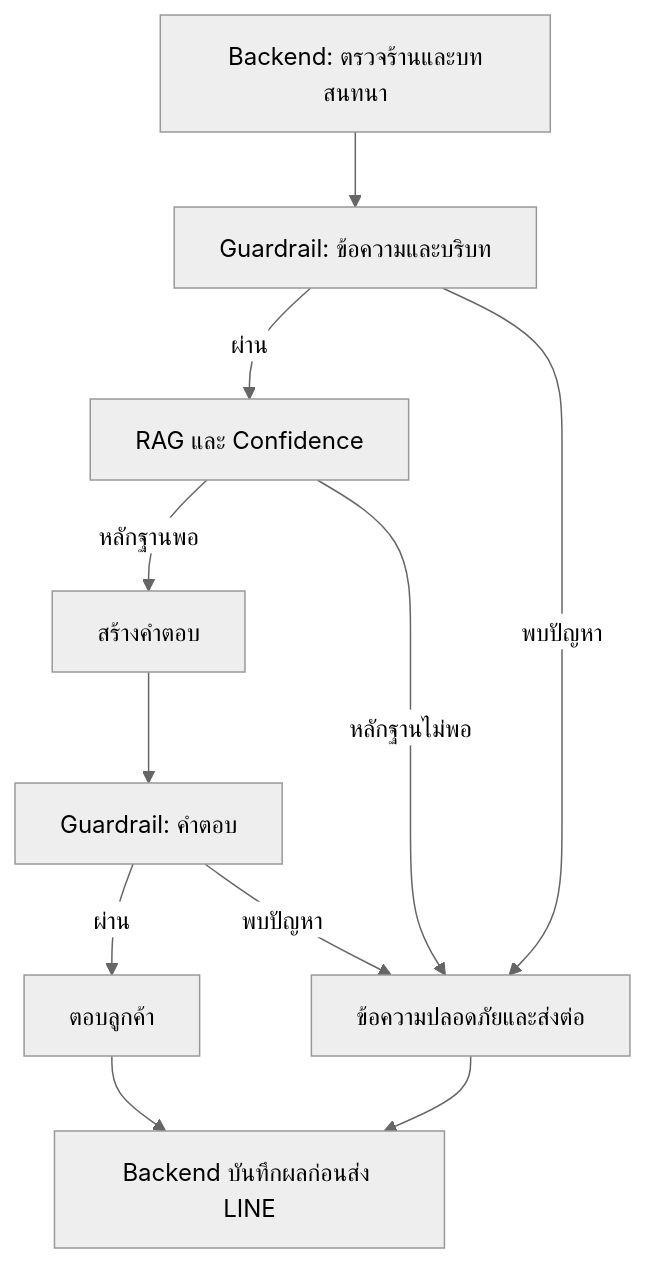
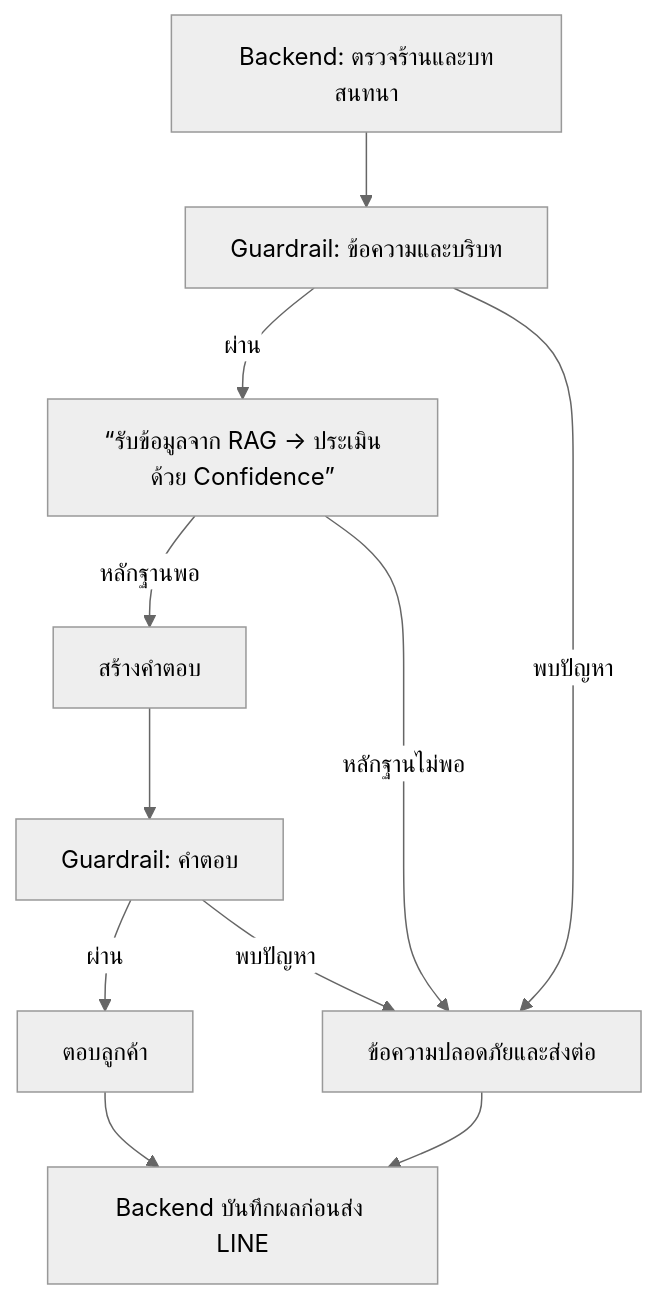
Before and after one commit to namnueatechtitan/Chatto-AI-Commerce-Assistant: the diagram in docs/implementation/mcp-confidence-guardrail-th.md, drawn with Mermaid (neutral theme).

Commit message:
docs: clarify MCP confidence and guardrail guide

````diff
--- a/docs/implementation/mcp-confidence-guardrail-th.md
+++ b/docs/implementation/mcp-confidence-guardrail-th.md
@@ -7,13 +7,13 @@
 ```mermaid
 flowchart TD
   A["Backend: ตรวจร้านและบทสนทนา"] --> B["Guardrail: ข้อความและบริบท"]
-  B -->|ผ่าน| C["RAG และ Confidence"]
+  B -->|ผ่าน| C[“รับข้อมูลจาก RAG → ประเมินด้วย Confidence”]
   B -->|พบปัญหา| H["ข้อความปลอดภัยและส่งต่อ"]
   C -->|หลักฐานพอ| D["สร้างคำตอบ"]
   C -->|หลักฐานไม่พอ| H
   D --> E["Guardrail: คำตอบ"]
   E -->|ผ่าน| F["ตอบลูกค้า"]
   E -->|พบปัญหา| H
   F --> G["Backend บันทึกผลก่อนส่ง LINE"]
   H --> G
 ```
````
